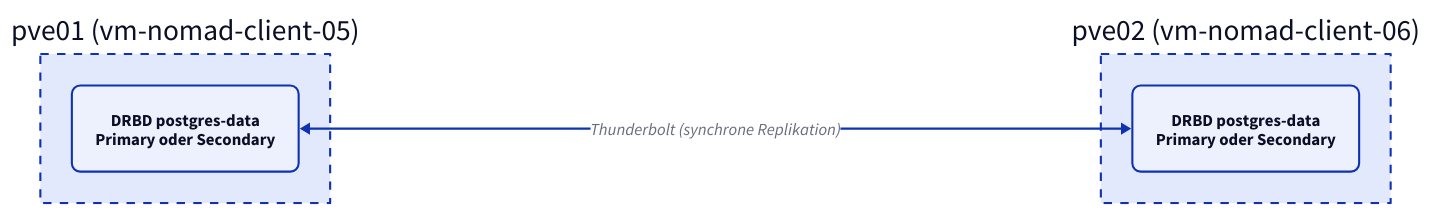
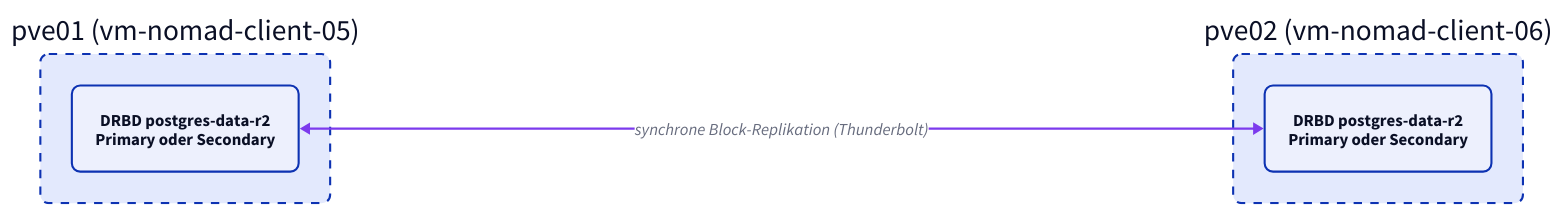
One commit to derever-labs/homelab-wiki changed the second of 3 diagrams in docs/_querschnitt/datenbank-architektur.md. Above: the diagram before and after it, drawn with D2. The commit also changed other lines of this file, not shown here.

First line of the commit message:
docs(datenbank): Failover-Szenario und Diagramm-Mechanik vertiefen (#137)

````diff
--- a/docs/_querschnitt/datenbank-architektur.md
+++ b/docs/_querschnitt/datenbank-architektur.md
@@ -67,15 +91,21 @@
 ```d2
 direction: right
 
+classes: {
+  node: { style: { border-radius: 8 } }
+  host: { style: { border-radius: 8; stroke-dash: 4 } }
+  storagep: { style: { stroke: "#7c3aed" } }
+}
+
 pve01: "pve01 (vm-nomad-client-05)" {
-  style.stroke-dash: 4
-  D1: "DRBD postgres-data\nPrimary oder Secondary" { style.border-radius: 8 }
+  class: host
+  D1: "DRBD postgres-data-r2\nPrimary oder Secondary" { class: node }
 }
 
 pve02: "pve02 (vm-nomad-client-06)" {
-  style.stroke-dash: 4
-  D2: "DRBD postgres-data\nPrimary oder Secondary" { style.border-radius: 8 }
+  class: host
+  D2: "DRBD postgres-data-r2\nPrimary oder Secondary" { class: node }
 }
 
-pve01.D1 <-> pve02.D2: "Thunderbolt (synchrone Replikation)"
+pve01.D1 <-> pve02.D2: "synchrone Block-Replikation (Thunderbolt)" { class: storagep }
 ```
````
